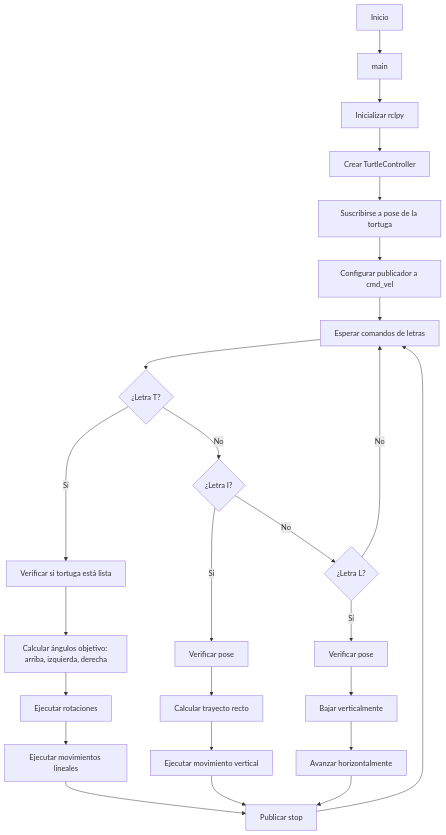
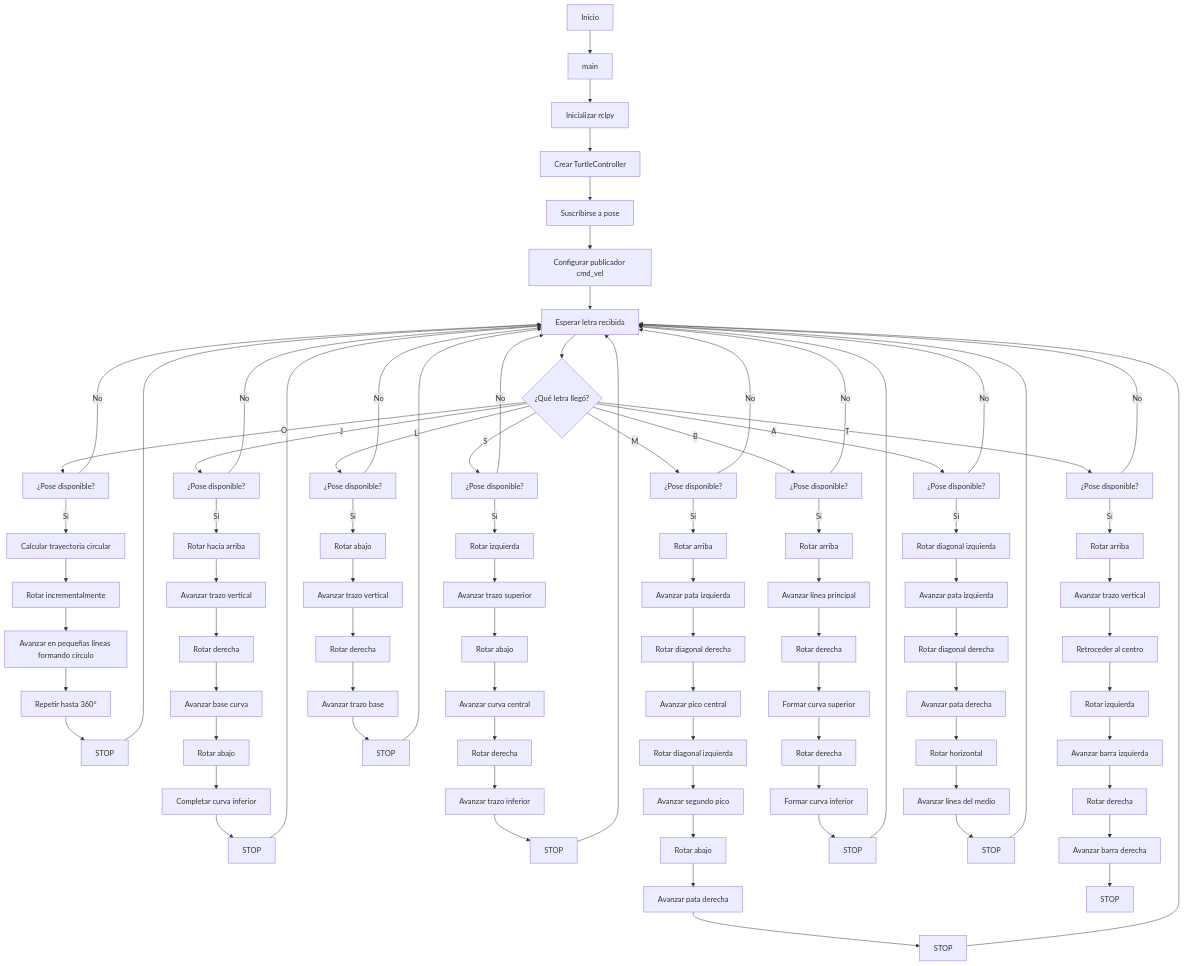
The second of 2 diagrams in Lab_4/README.md (Zecro-Darkness/Robotica), drawn with Mermaid before and after one commit.

````diff
--- a/Lab_4/README.md
+++ b/Lab_4/README.md
@@ -80,35 +80,137 @@
 ```mermaid
 flowchart TD
 
-    A[Inicio] --> B[main]
-    B --> C[Inicializar rclpy]
-    C --> D[Crear TurtleController]
-    D --> E[Suscribirse a pose de la tortuga]
-    E --> F[Configurar publicador a cmd_vel]
-    F --> G[Esperar comandos de letras]
+%% ================================================
+%% BLOQUE PRINCIPAL
+%% ================================================
 
-    G --> H{¿Letra T?}
-    H -->|Sí| T1[Verificar si tortuga está lista]
-    T1 --> T2[Calcular ángulos objetivo: arriba, izquierda, derecha]
-    T2 --> T3[Ejecutar rotaciones]
-    T3 --> T4[Ejecutar movimientos lineales]
-    T4 --> R[Publicar stop]
-    H -->|No| I1{¿Letra I?}
+A[Inicio] --> B[main]
+B --> C[Inicializar rclpy]
+C --> D[Crear TurtleController]
+D --> E[Suscribirse a pose]
+E --> F[Configurar publicador cmd_vel]
+F --> G[Esperar letra recibida]
 
-    I1 -->|Sí| I2[Verificar pose]
-    I2 --> I3[Calcular trayecto recto]
-    I3 --> I4[Ejecutar movimiento vertical]
-    I4 --> R
+G --> H{¿Qué letra llegó?}
 
-    I1 -->|No| L1{¿Letra L?}
+%% ================================================
+%% LETRA O (CÍRCULO)
+%% ================================================
 
-    L1 -->|Sí| L2[Verificar pose]
-    L2 --> L3[Bajar verticalmente]
-    L3 --> L4[Avanzar horizontalmente]
-    L4 --> R
+H -->|O| O1[¿Pose disponible?]
+O1 -->|No| G
+O1 -->|Sí| O2[Calcular trayectoria circular]
+O2 --> O3[Rotar incrementalmente]
+O3 --> O4[Avanzar en pequeñas líneas formando círculo]
+O4 --> O5[Repetir hasta 360°]
+O5 --> O6[STOP]
+O6 --> G
 
-    L1 -->|No| G
+%% ================================================
+%% LETRA J
+%% ================================================
 
-    R --> G
+H -->|J| J1[¿Pose disponible?]
+J1 -->|No| G
+J1 -->|Sí| J2[Rotar hacia arriba]
+J2 --> J3[Avanzar trazo vertical]
+J3 --> J4[Rotar derecha]
+J4 --> J5[Avanzar base curva]
+J5 --> J6[Rotar abajo]
+J6 --> J7[Completar curva inferior]
+J7 --> J8[STOP]
+J8 --> G
+
+%% ================================================
+%% LETRA S
+%% ================================================
+
+H -->|S| S1[¿Pose disponible?]
+S1 -->|No| G
+S1 -->|Sí| S2[Rotar izquierda]
+S2 --> S3[Avanzar trazo superior]
+S3 --> S4[Rotar abajo]
+S4 --> S5[Avanzar curva central]
+S5 --> S6[Rotar derecha]
+S6 --> S7[Avanzar trazo inferior]
+S7 --> S8[STOP]
+S8 --> G
+
+%% ================================================
+%% LETRA L
+%% ================================================
+
+H -->|L| L1[¿Pose disponible?]
+L1 -->|No| G
+L1 -->|Sí| L2[Rotar abajo]
+L2 --> L3[Avanzar trazo vertical]
+L3 --> L4[Rotar derecha]
+L4 --> L5[Avanzar trazo base]
+L5 --> L6[STOP]
+L6 --> G
+
+%% ================================================
+%% LETRA M
+%% ================================================
+
+H -->|M| M1[¿Pose disponible?]
+M1 -->|No| G
+M1 -->|Sí| M2[Rotar arriba]
+M2 --> M3[Avanzar pata izquierda]
+M3 --> M4[Rotar diagonal derecha]
+M4 --> M5[Avanzar pico central]
+M5 --> M6[Rotar diagonal izquierda]
+M6 --> M7[Avanzar segundo pico]
+M7 --> M8[Rotar abajo]
+M8 --> M9[Avanzar pata derecha]
+M9 --> M10[STOP]
+M10 --> G
+
+%% ================================================
+%% LETRA B
+%% ================================================
+
+H -->|B| B1[¿Pose disponible?]
+B1 -->|No| G
+B1 -->|Sí| B2[Rotar arriba]
+B2 --> B3[Avanzar línea principal]
+B3 --> B4[Rotar derecha]
+B4 --> B5[Formar curva superior]
+B5 --> B6[Rotar derecha]
+B6 --> B7[Formar curva inferior]
+B7 --> B8[STOP]
+B8 --> G
+
+%% ================================================
+%% LETRA A
+%% ================================================
+
+H -->|A| A1[¿Pose disponible?]
+A1 -->|No| G
+A1 -->|Sí| A2[Rotar diagonal izquierda]
+A2 --> A3[Avanzar pata izquierda]
+A3 --> A4[Rotar diagonal derecha]
+A4 --> A5[Avanzar pata derecha]
+A5 --> A6[Rotar horizontal]
+A6 --> A7[Avanzar línea del medio]
+A7 --> A8[STOP]
+A8 --> G
+
+%% ================================================
+%% LETRA T
+%% ================================================
+
+H -->|T| T1[¿Pose disponible?]
+T1 -->|No| G
+T1 -->|Sí| T2[Rotar arriba]
+T2 --> T3[Avanzar trazo vertical]
+T3 --> T4[Retroceder al centro]
+T4 --> T5[Rotar izquierda]
+T5 --> T6[Avanzar barra izquierda]
+T6 --> T7[Rotar derecha]
+T7 --> T8[Avanzar barra derecha]
+T8 --> T9[STOP]
+
+
 
 ```
````
